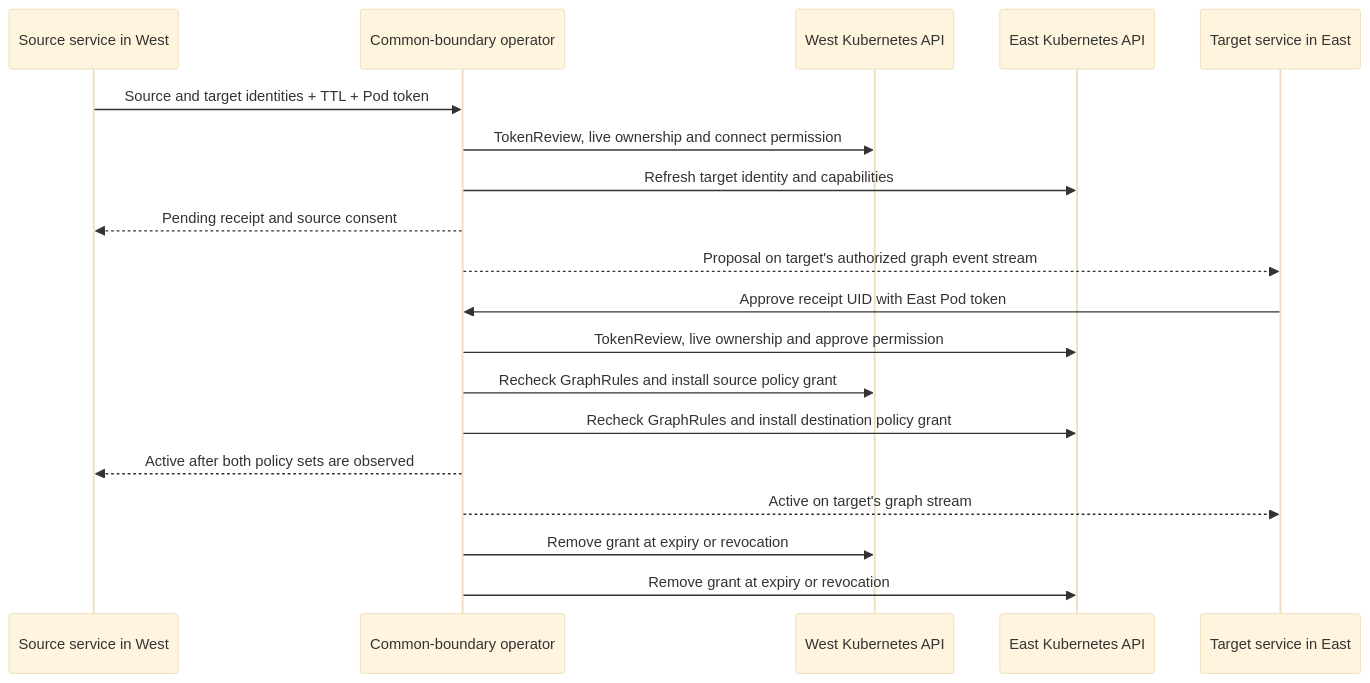
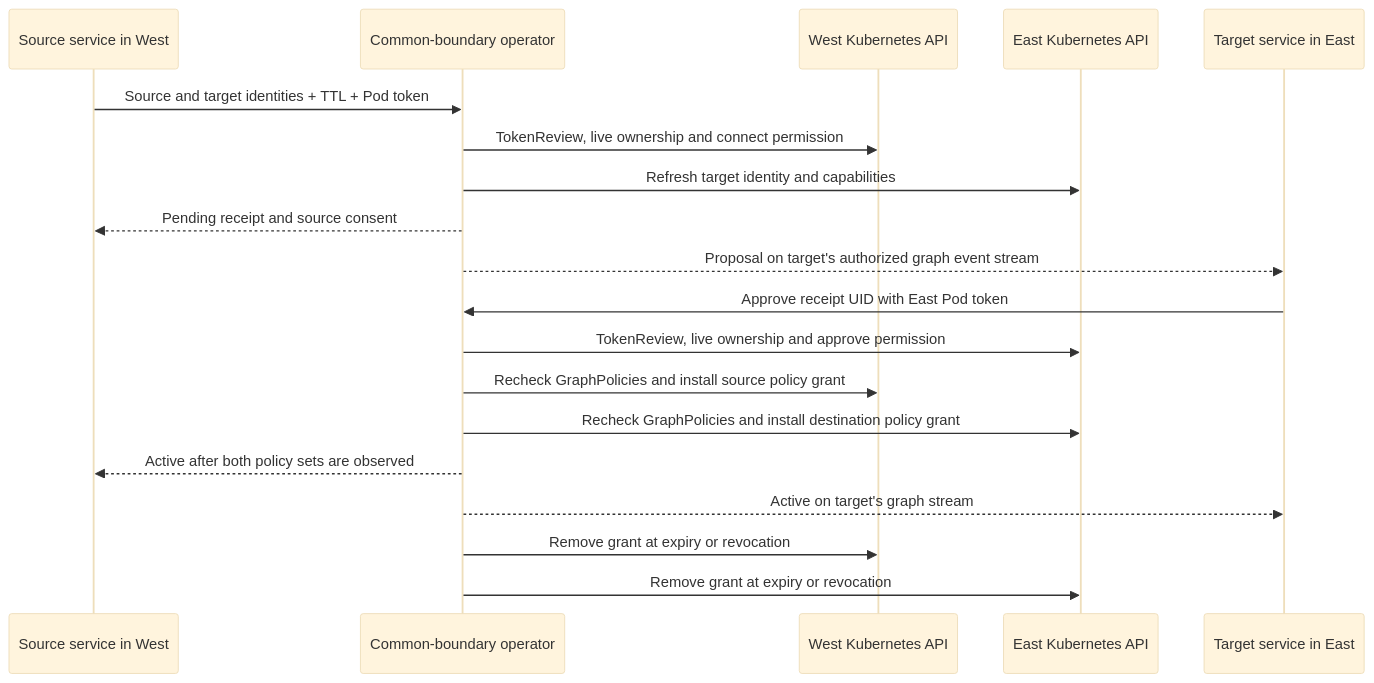
Before and after one commit to astrivant/polyad: the second of 2 diagrams in docs/apis/discovery.md, drawn with Mermaid (base theme). The commit also changed other lines of this file and 182 other files, not shown here.

Commit message:
GraphPolicies rename

````diff
--- a/docs/apis/discovery.md
+++ b/docs/apis/discovery.md
@@ -187,21 +187,21 @@
 ```mermaid
 sequenceDiagram
     participant A as Source service in West
     participant R as Common-boundary operator
     participant W as West Kubernetes API
     participant E as East Kubernetes API
     participant B as Target service in East
     A->>R: Source and target identities + TTL + Pod token
     R->>W: TokenReview, live ownership and connect permission
     R->>E: Refresh target identity and capabilities
     R-->>A: Pending receipt and source consent
     R-->>B: Proposal on target's authorized graph event stream
     B->>R: Approve receipt UID with East Pod token
     R->>E: TokenReview, live ownership and approve permission
-    R->>W: Recheck GraphRules and install source policy grant
-    R->>E: Recheck GraphRules and install destination policy grant
+    R->>W: Recheck GraphPolicies and install source policy grant
+    R->>E: Recheck GraphPolicies and install destination policy grant
     R-->>A: Active after both policy sets are observed
     R-->>B: Active on target's graph stream
     R->>W: Remove grant at expiry or revocation
     R->>E: Remove grant at expiry or revocation
 ```
````
